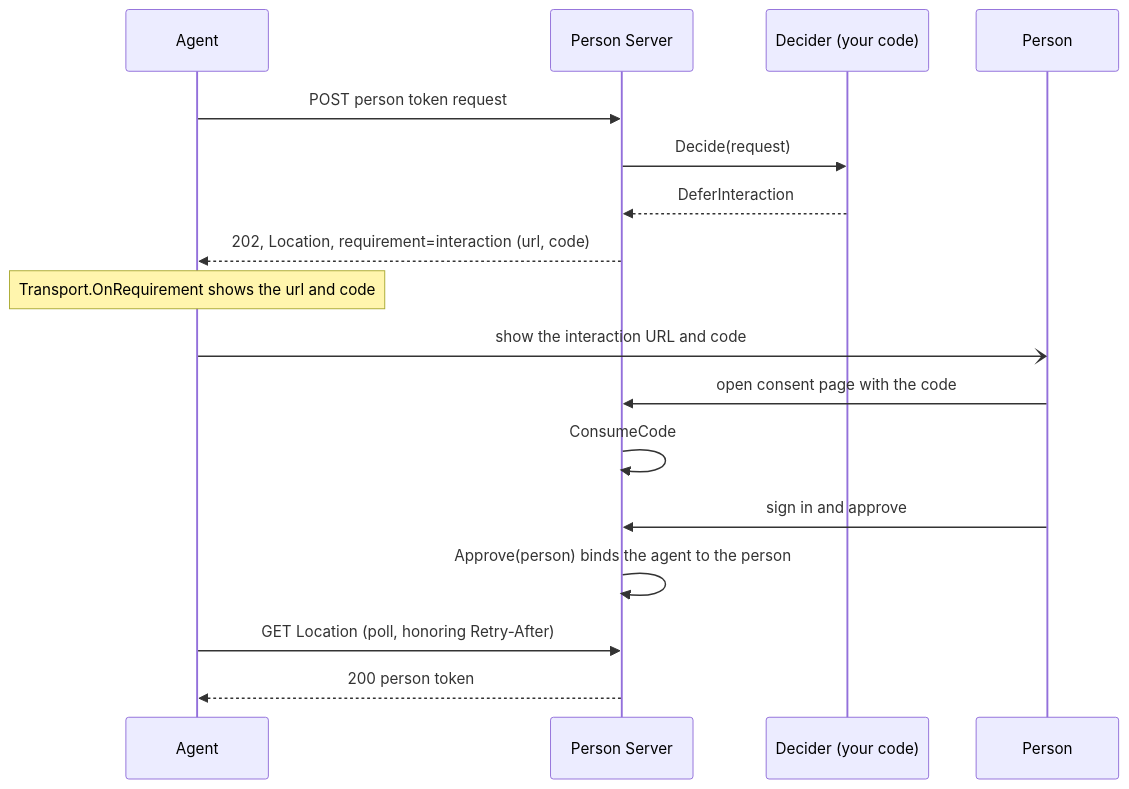
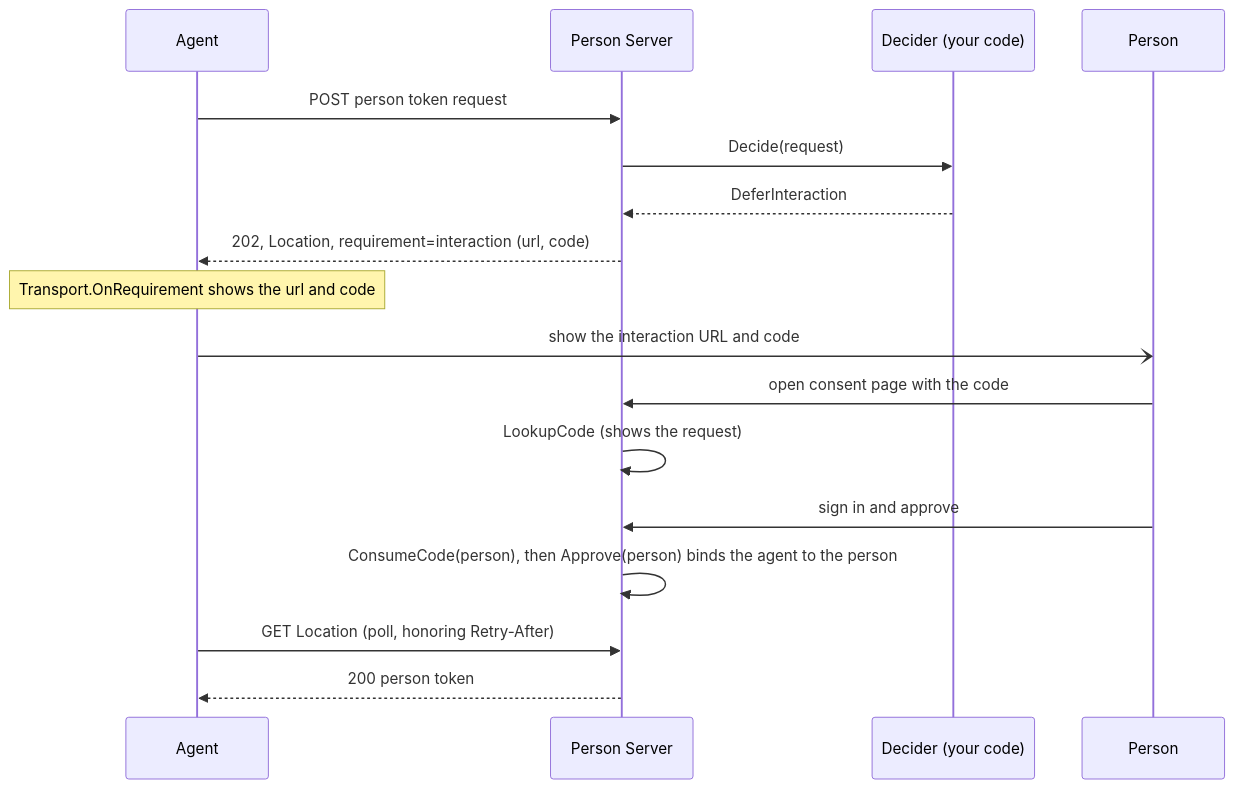
The fifth of 13 diagrams in docs/guides/flows.md (aauth-dev/aauth-go), drawn with Mermaid before and after one commit. The commit also changed other lines of this file and 13 other files, not shown here.

````diff
--- a/docs/guides/flows.md
+++ b/docs/guides/flows.md
@@ -124,20 +124,20 @@
 ```mermaid
 sequenceDiagram
     participant A as Agent
     participant PS as Person Server
     participant D as Decider (your code)
     participant P as Person
 
     A->>PS: POST person token request
     PS->>D: Decide(request)
     D-->>PS: DeferInteraction
     PS-->>A: 202, Location, requirement=interaction (url, code)
     Note over A: Transport.OnRequirement shows the url and code
     A-)P: show the interaction URL and code
     P->>PS: open consent page with the code
-    PS->>PS: ConsumeCode
+    PS->>PS: LookupCode (shows the request)
     P->>PS: sign in and approve
-    PS->>PS: Approve(person) binds the agent to the person
+    PS->>PS: ConsumeCode(person), then Approve(person) binds the agent to the person
     A->>PS: GET Location (poll, honoring Retry-After)
     PS-->>A: 200 person token
 ```
````
